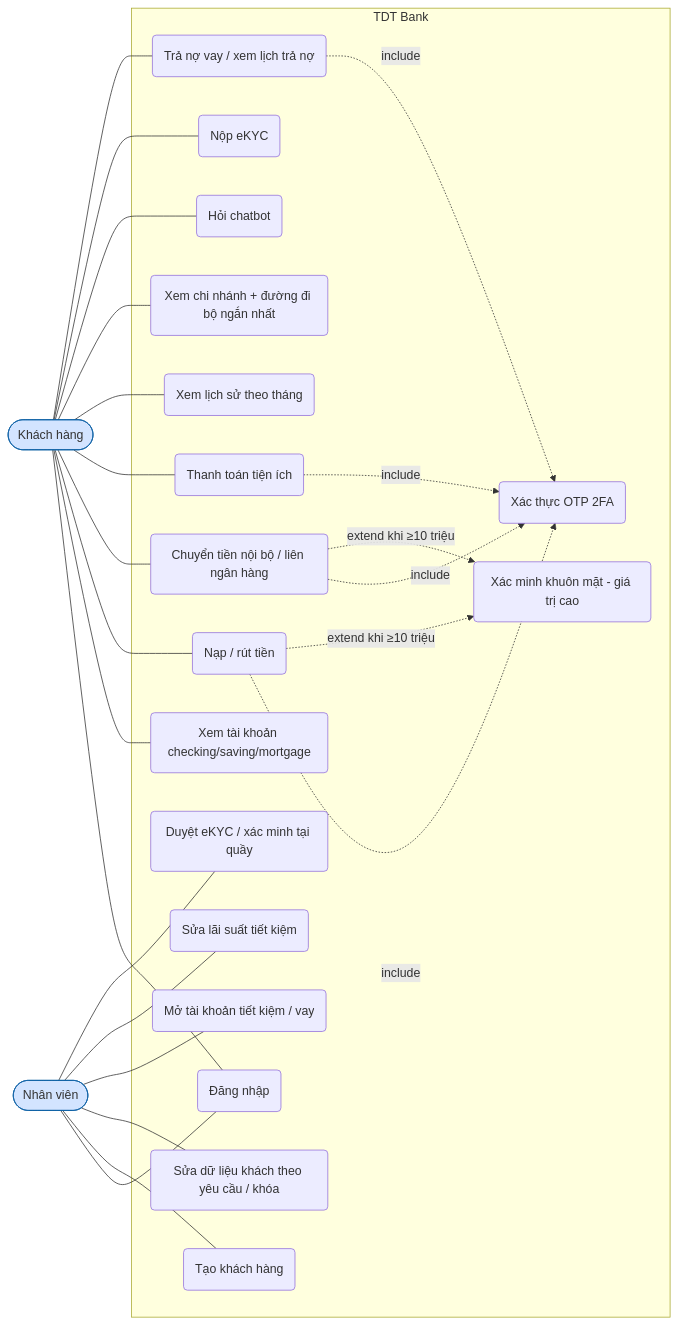
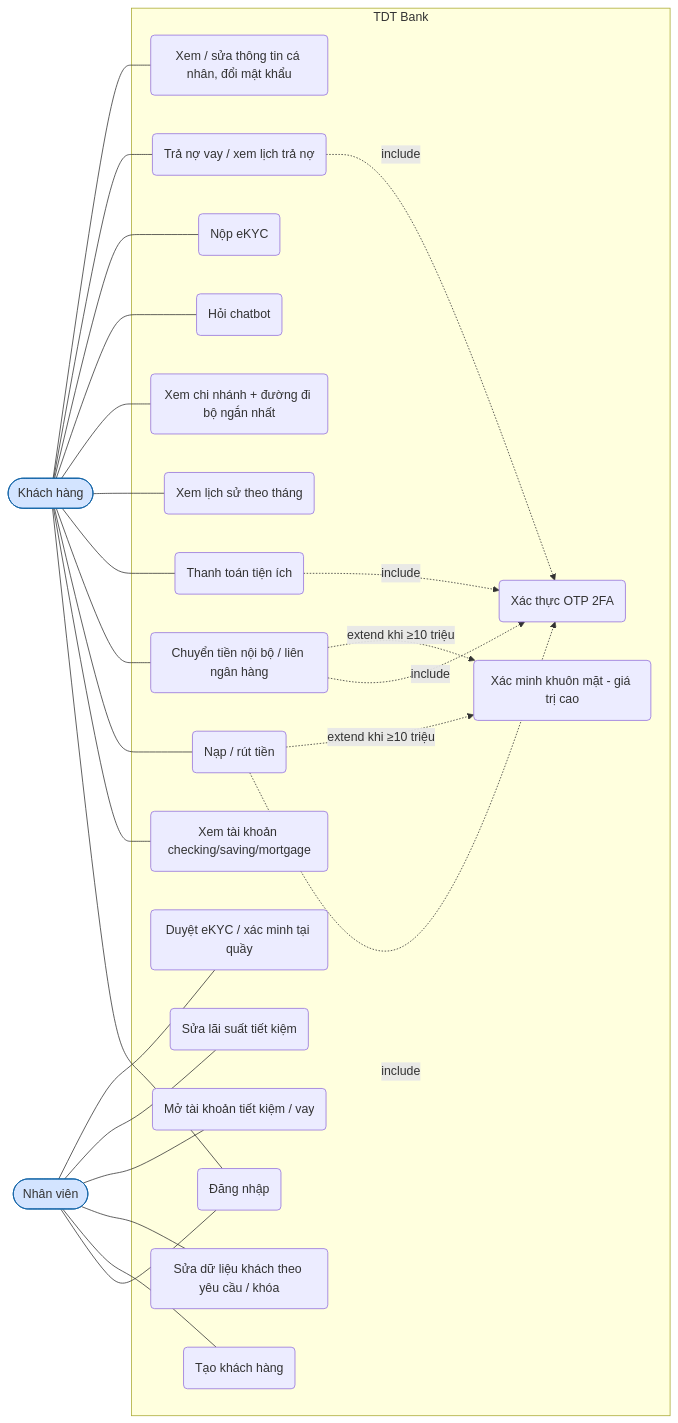
Before and after one commit to chimpk/BankFinalTerm: the first of 7 diagrams in docs/uml.md, drawn with Mermaid. The commit also changed other lines of this file and 2 other files, not shown here.

First line of the commit message:
Docs: đối chiếu với đề bài, class diagram khớp mã nguồn

````diff
--- a/docs/uml.md
+++ b/docs/uml.md
@@ -8,33 +8,34 @@
 ```mermaid
 flowchart LR
   KH([Khách hàng]):::actor
   NV([Nhân viên]):::actor
   subgraph TDT Bank
     UC1(Đăng nhập)
     UC2(Xem tài khoản checking/saving/mortgage)
     UC3(Nạp / rút tiền)
     UC4(Chuyển tiền nội bộ / liên ngân hàng)
     UC5(Thanh toán tiện ích)
     UC6(Xem lịch sử theo tháng)
     UC7(Xem chi nhánh + đường đi bộ ngắn nhất)
     UC8(Hỏi chatbot)
     UC9(Nộp eKYC)
     UC10(Trả nợ vay / xem lịch trả nợ)
+    UC16(Xem / sửa thông tin cá nhân, đổi mật khẩu)
     UC11(Tạo khách hàng)
     UC12(Sửa dữ liệu khách theo yêu cầu / khóa)
     UC13(Mở tài khoản tiết kiệm / vay)
     UC14(Sửa lãi suất tiết kiệm)
     UC15(Duyệt eKYC / xác minh tại quầy)
     OTP(Xác thực OTP 2FA)
     FACE(Xác minh khuôn mặt - giá trị cao)
   end
-  KH --- UC1 & UC2 & UC3 & UC4 & UC5 & UC6 & UC7 & UC8 & UC9 & UC10
+  KH --- UC1 & UC2 & UC3 & UC4 & UC5 & UC6 & UC7 & UC8 & UC9 & UC10 & UC16
   NV --- UC1 & UC11 & UC12 & UC13 & UC14 & UC15
   UC3 -. include .-> OTP
   UC4 -. include .-> OTP
   UC5 -. include .-> OTP
   UC10 -. include .-> OTP
   UC4 -. extend khi ≥10 triệu .-> FACE
   UC3 -. extend khi ≥10 triệu .-> FACE
   classDef actor fill:#D3E4FF,stroke:#0B5FA5
 ```
````
